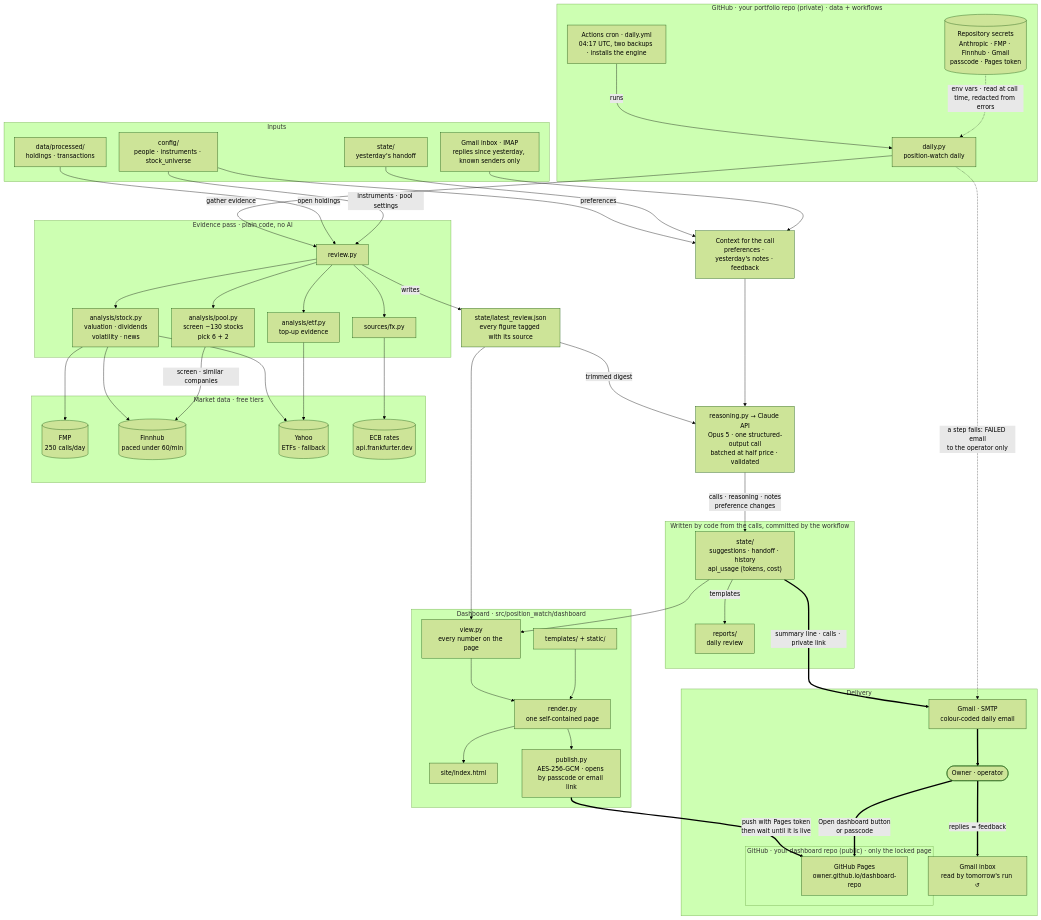
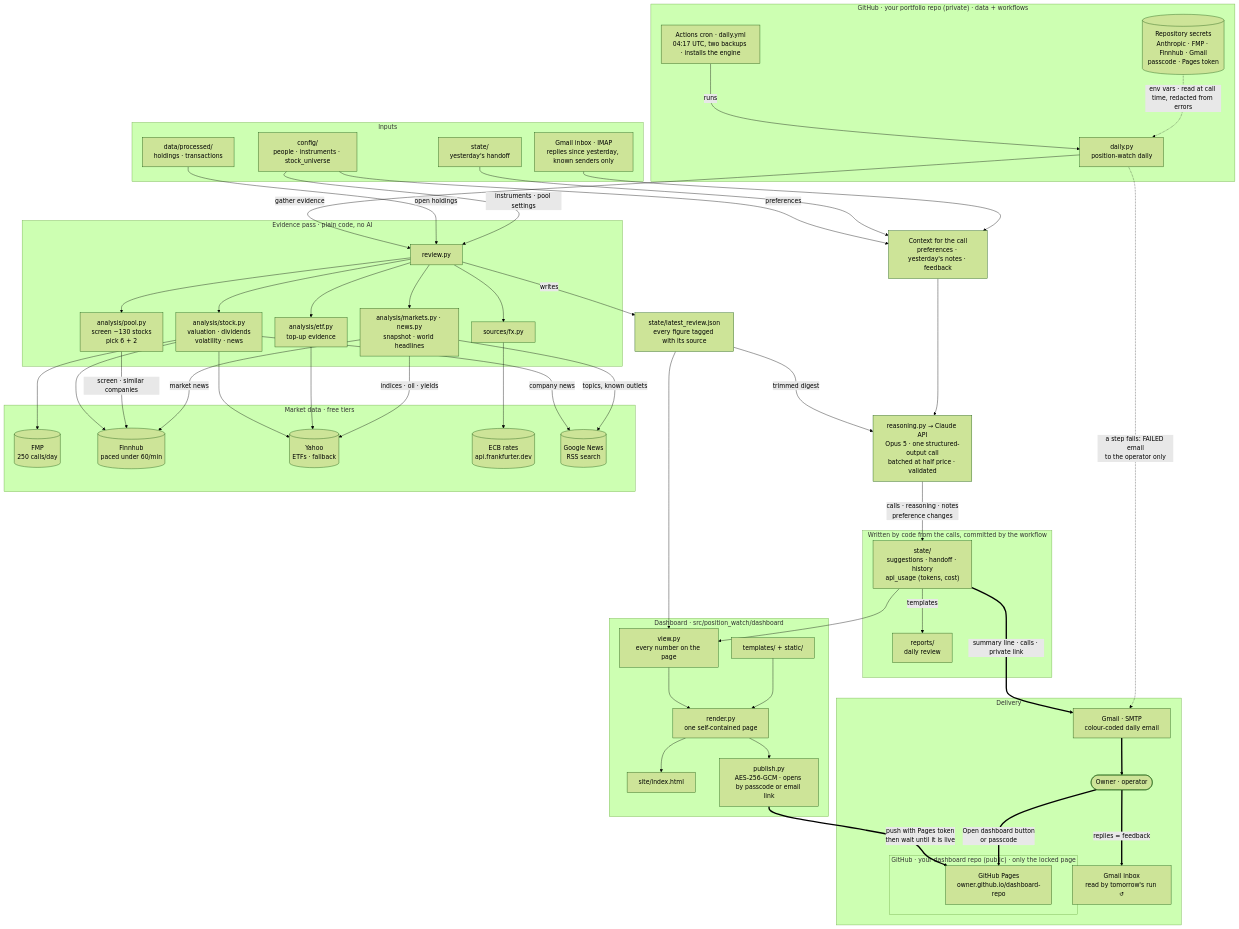
One commit to alexdiehl0/position-watch-engine changed the second of 3 diagrams in docs/architecture.md. Above: the diagram before and after it, drawn with Mermaid (forest theme). The commit also changed other lines of this file and 21 other files, not shown here.

First line of the commit message:
News that matters: filtered company headlines and a markets & world briefing

```diff
--- a/docs/architecture.md
+++ b/docs/architecture.md
@@ -75,6 +75,7 @@
     REV --> ETF["analysis/etf.py<br/>top-up evidence"]
     REV --> POOL["analysis/pool.py<br/>screen ~130 stocks<br/>pick 6 + 2"]
     REV --> FX["sources/fx.py"]
+    REV --> MKTN["analysis/markets.py · news.py<br/>snapshot · world headlines"]
   end
 
   CTX["Context for the call<br/>preferences · yesterday's notes · feedback"]
@@ -84,6 +85,7 @@
     FH[("Finnhub<br/>paced under 60/min")]
     YH[("Yahoo<br/>ETFs · fallback")]
     ECB[("ECB rates<br/>api.frankfurter.dev")]
+    GN[("Google News<br/>RSS search")]
   end
 
   EVS["state/latest_review.json<br/>every figure tagged with its source"]
@@ -125,6 +127,10 @@
   ETF --> YH
   POOL -->|"screen · similar companies"| FH
   FX --> ECB
+  STK -->|"company news"| GN
+  MKTN -->|"indices · oil · yields"| YH
+  MKTN -->|"market news"| FH
+  MKTN -->|"topics, known outlets"| GN
 
   REV -->|"writes"| EVS
   EVS -->|"trimmed digest"| CLAUDE
```
